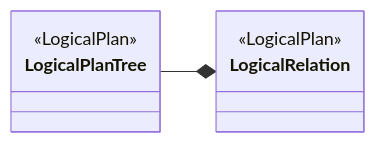
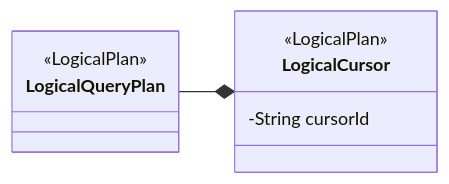
The seventh of 18 diagrams in docs/dev/Pagination-v2.md (opensearch-project/sql), drawn with Mermaid before and after one commit. The commit also changed other lines of this file, not shown here.

````diff
--- a/docs/dev/Pagination-v2.md
+++ b/docs/dev/Pagination-v2.md
@@ -302,11 +275,12 @@
 ```mermaid
 classDiagram
   direction LR
-  class LogicalPlanTree {
+  class LogicalQueryPlan {
     <<LogicalPlan>>
   }
-  class LogicalRelation {
+  class LogicalCursor {
     <<LogicalPlan>>
+    -String cursorId
   }
-  LogicalPlanTree --* LogicalRelation
+  LogicalQueryPlan --* LogicalCursor
 ```
````
